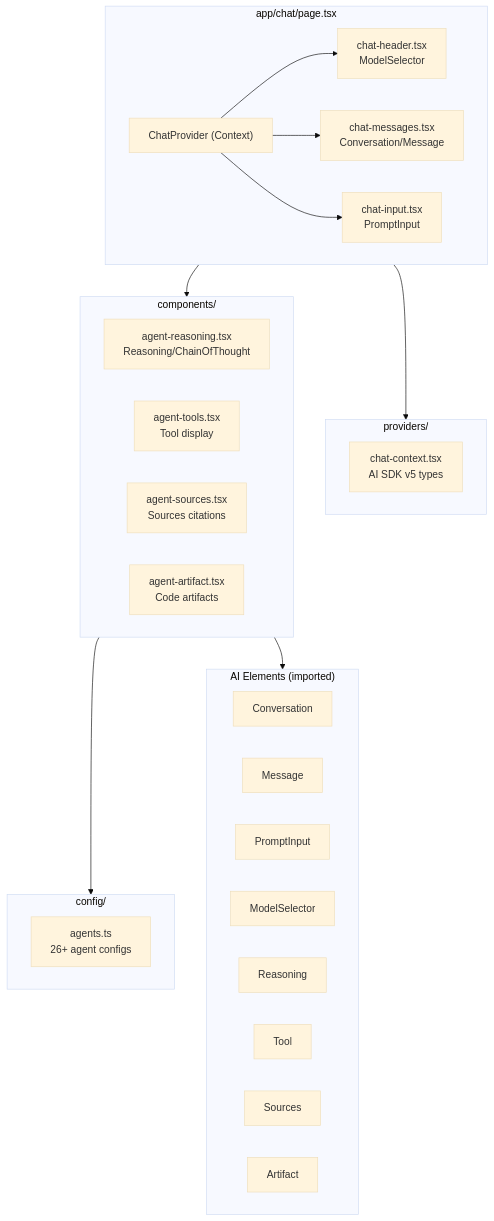
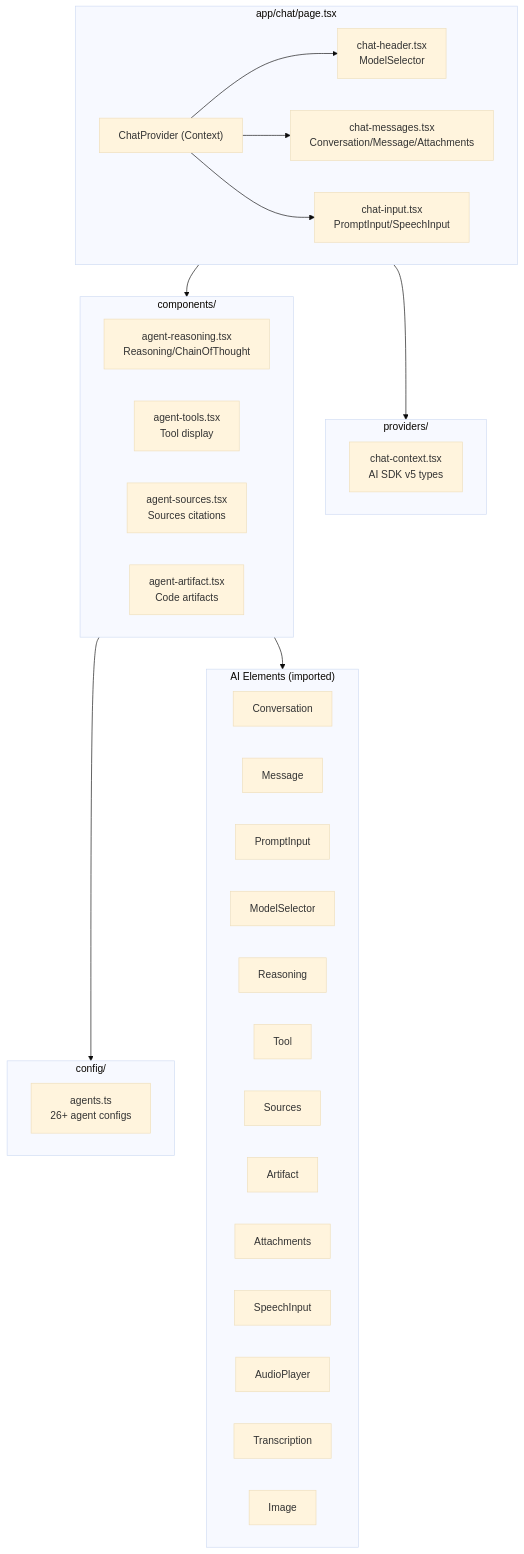
Before and after one commit to ssdeanx/AgentStack: the diagram in app/chat/AGENTS.md, drawn with Mermaid (base theme). The commit also changed other lines of this file and 18 other files, not shown here.

````diff
--- a/app/chat/AGENTS.md
+++ b/app/chat/AGENTS.md
@@ -35,43 +35,48 @@
 ```mermaid
 graph TB
     subgraph ChatPage["app/chat/page.tsx"]
         ChatProvider["ChatProvider (Context)"]
         ChatProvider --> ChatHeader
         ChatProvider --> ChatMessages
         ChatProvider --> ChatInput
     end
 
     subgraph Providers["providers/"]
         ChatContext["chat-context.tsx<br/>AI SDK v5 types"]
     end
 
     subgraph Components["components/"]
         ChatHeader["chat-header.tsx<br/>ModelSelector"]
-        ChatMessages["chat-messages.tsx<br/>Conversation/Message"]
-        ChatInput["chat-input.tsx<br/>PromptInput"]
+        ChatMessages["chat-messages.tsx<br/>Conversation/Message/Attachments"]
+        ChatInput["chat-input.tsx<br/>PromptInput/SpeechInput"]
         AgentReasoning["agent-reasoning.tsx<br/>Reasoning/ChainOfThought"]
         AgentTools["agent-tools.tsx<br/>Tool display"]
         AgentSources["agent-sources.tsx<br/>Sources citations"]
         AgentArtifact["agent-artifact.tsx<br/>Code artifacts"]
     end
 
     subgraph Config["config/"]
         AgentConfig["agents.ts<br/>26+ agent configs"]
     end
 
     subgraph AIElements["AI Elements (imported)"]
         Conversation
         Message
         PromptInput
         ModelSelector
         Reasoning
         Tool
         Sources
         Artifact
+        Attachments
+        SpeechInput
+        AudioPlayer
+        Transcription
+        Image
     end
 
     ChatPage --> Providers
     ChatPage --> Components
     Components --> Config
     Components --> AIElements
 ```
````
